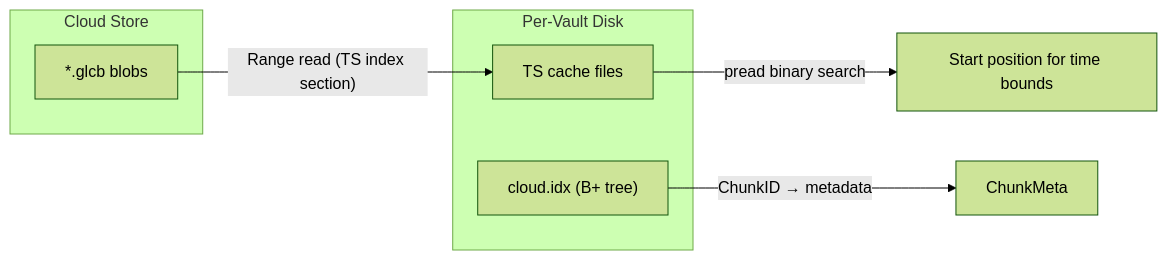
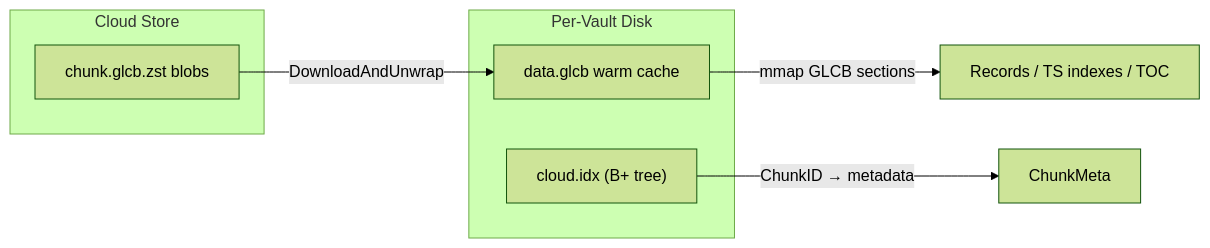
Before and after one commit to kluzzebass/gastrolog: the eighth of 10 diagrams in docs/query_execution.md, drawn with Mermaid (forest theme). The commit also changed other lines of this file and 28 other files, not shown here.

````diff
--- a/docs/query_execution.md
+++ b/docs/query_execution.md
@@ -240,16 +243,15 @@
 ```mermaid
 flowchart LR
     subgraph "Per-Vault Disk"
         BTree["cloud.idx (B+ tree)"]
-        TSCache["TS cache files"]
+        WarmCache["data.glcb warm cache"]
     end
 
     subgraph "Cloud Store"
-        Blobs["*.glcb blobs"]
+        Blobs["chunk.glcb.zst blobs"]
     end
 
     BTree -->|"ChunkID → metadata"| Meta["ChunkMeta"]
-
-    Blobs -->|"Range read (TS index section)"| TSCache
-    TSCache -->|"pread binary search"| Positions["Start position for time bounds"]
+    Blobs -->|"DownloadAndUnwrap"| WarmCache
+    WarmCache -->|"mmap GLCB sections"| Positions["Records / TS indexes / TOC"]
 ```
````
